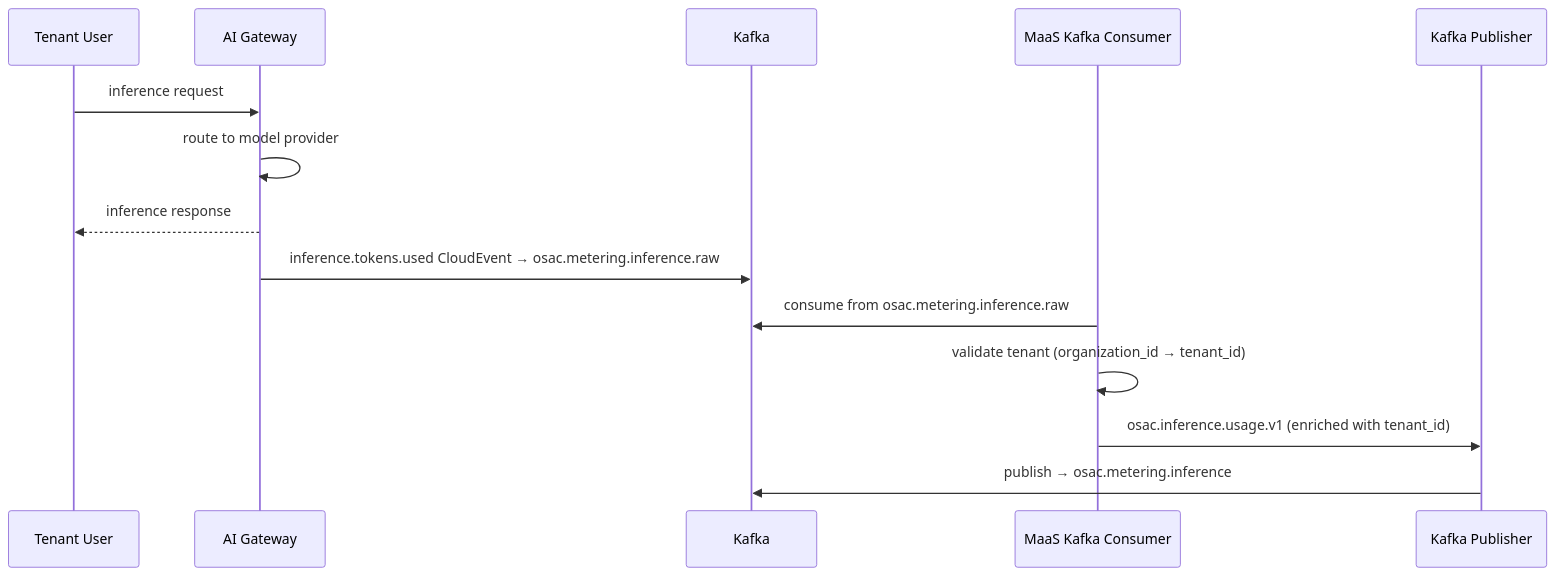
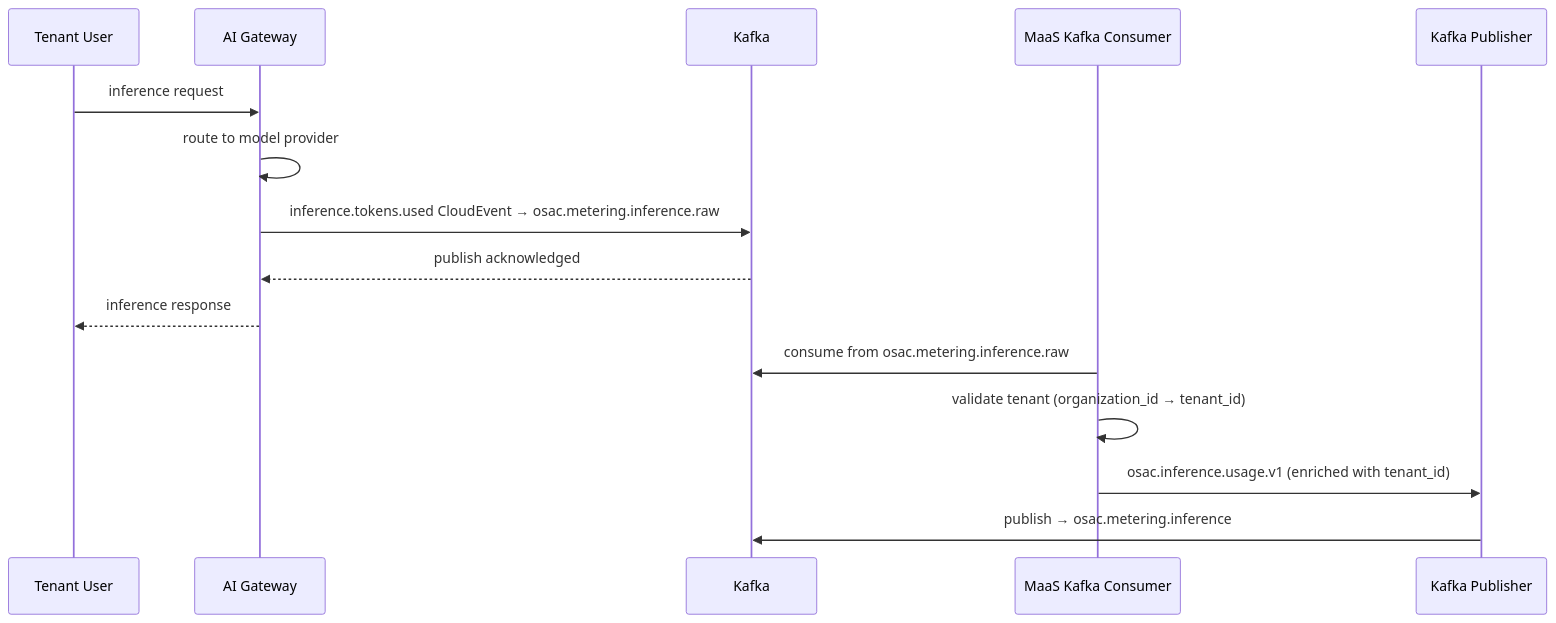
The fourth of 7 diagrams in enhancements/OSAC-985-metering-and-usage-tracking/design.md (osac-project/enhancement-proposals), drawn with Mermaid before and after one commit. The commit also changed other lines of this file, not shown here.

First line of the commit message:
fix: address review feedback — sequence ordering, CAP-13 justification, observability detail

````diff
--- a/enhancements/OSAC-985-metering-and-usage-tracking/design.md
+++ b/enhancements/OSAC-985-metering-and-usage-tracking/design.md
@@ -181,17 +181,18 @@
 ```mermaid
 sequenceDiagram
     participant U as Tenant User
     participant GW as AI Gateway
     participant K as Kafka
     participant MC as MaaS Kafka Consumer
     participant KP as Kafka Publisher
 
     U->>GW: inference request
     GW->>GW: route to model provider
+    GW->>K: inference.tokens.used CloudEvent → osac.metering.inference.raw
+    K-->>GW: publish acknowledged
     GW-->>U: inference response
-    GW->>K: inference.tokens.used CloudEvent → osac.metering.inference.raw
     MC->>K: consume from osac.metering.inference.raw
     MC->>MC: validate tenant (organization_id → tenant_id)
     MC->>KP: osac.inference.usage.v1 (enriched with tenant_id)
     KP->>K: publish → osac.metering.inference
 ```
````
